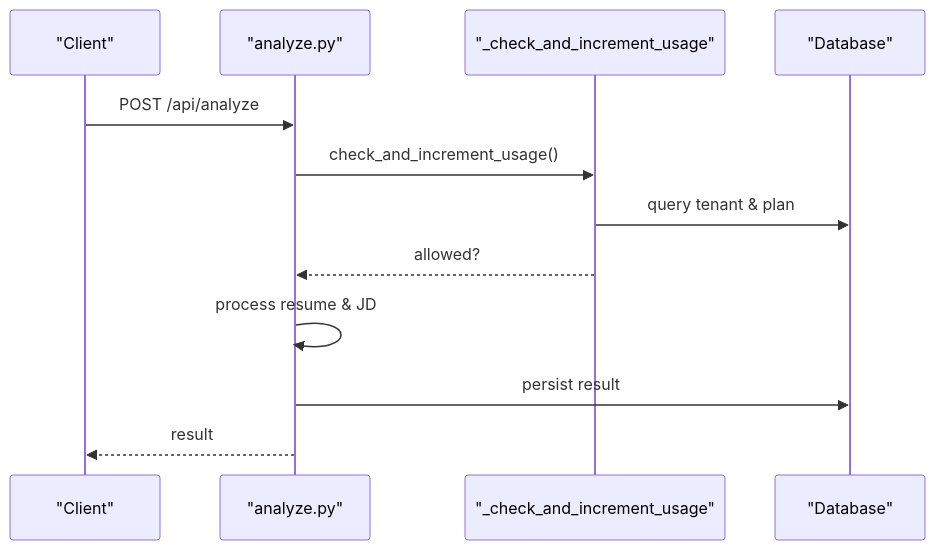
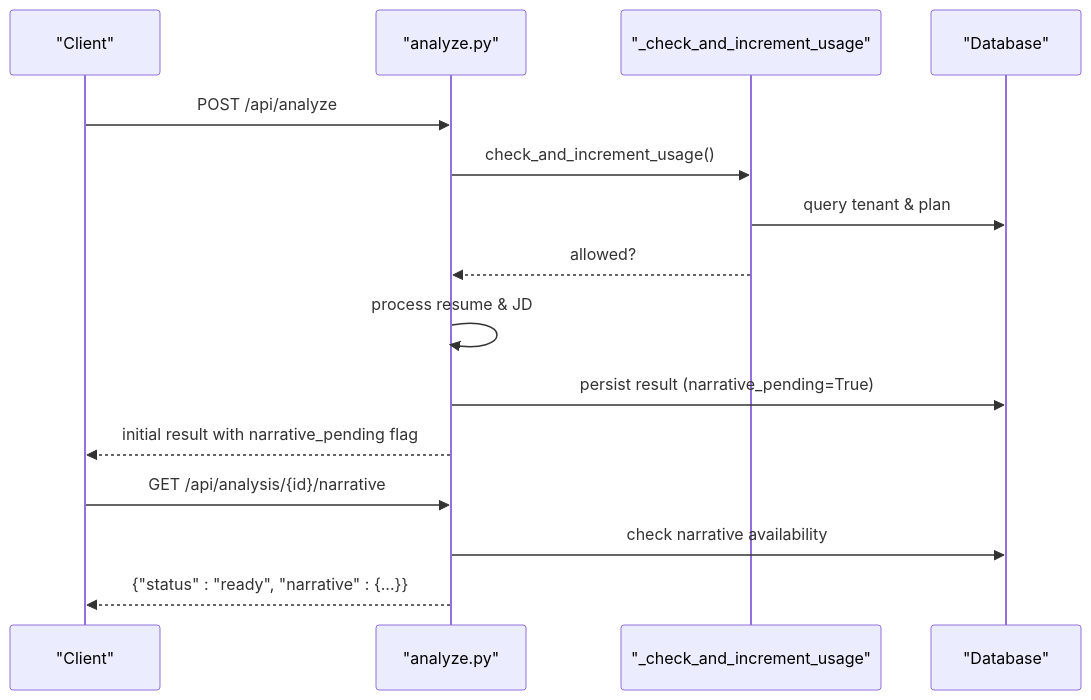
One commit to Revanththetalogics/aireume changed the ninth of 11 diagrams in .qoder/repowiki/en/content/Analysis Engine/LLM Service Integration.md. Above: the diagram before and after it, drawn with Mermaid. The commit also changed other lines of this file and 33 other files, not shown here.

````diff
--- a/.qoder/repowiki/en/content/Analysis Engine/LLM Service Integration.md
+++ b/.qoder/repowiki/en/content/Analysis Engine/LLM Service Integration.md
@@ -264,14 +425,17 @@
 ```mermaid
 sequenceDiagram
 participant Client as "Client"
 participant Route as "analyze.py"
 participant Usage as "_check_and_increment_usage"
 participant DB as "Database"
 Client->>Route : POST /api/analyze
 Route->>Usage : check_and_increment_usage()
 Usage->>DB : query tenant & plan
 Usage-->>Route : allowed?
 Route->>Route : process resume & JD
-Route->>DB : persist result
-Route-->>Client : result
+Route->>DB : persist result (narrative_pending=True)
+Route-->>Client : initial result with narrative_pending flag
+Client->>Route : GET /api/analysis/{id}/narrative
+Route->>DB : check narrative availability
+Route-->>Client : {"status" : "ready", "narrative" : {...}}
 ```
````
